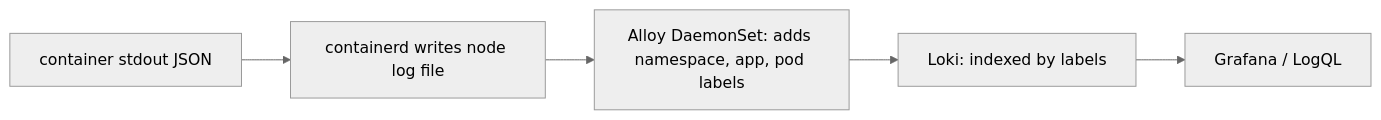
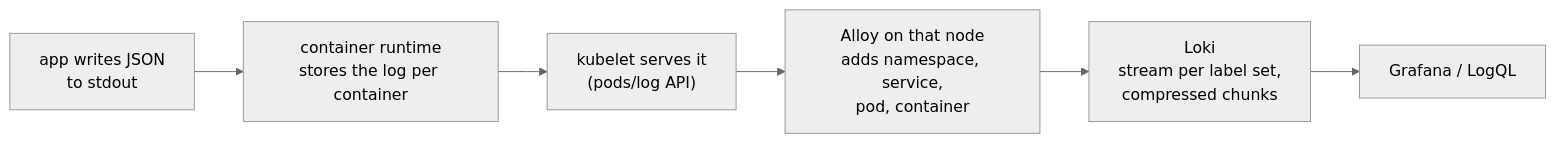
The diagram in docs/learn/observability/logs.md (darshan-raul/apollo11-docs), drawn with Mermaid (neutral theme) before and after one commit. The commit also changed other lines of this file and 8 other files, not shown here.

````diff
--- a/docs/learn/observability/logs.md
+++ b/docs/learn/observability/logs.md
@@ -27,7 +28,8 @@
 ```mermaid
 flowchart LR
-  A[container stdout JSON] --> C[containerd writes node log file]
-  C --> Al[Alloy DaemonSet: adds namespace, app, pod labels]
-  Al --> Lk[Loki: indexed by labels]
-  Lk --> G[Grafana / LogQL]
+  A["app writes JSON<br/>to stdout"] --> R["container runtime<br/>stores the log per container"]
+  R --> K["kubelet serves it<br/>(pods/log API)"]
+  K --> Al["Alloy on that node<br/>adds namespace, service,<br/>pod, container"]
+  Al --> Lk["Loki<br/>stream per label set,<br/>compressed chunks"]
+  Lk --> G["Grafana / LogQL"]
 ```
````
